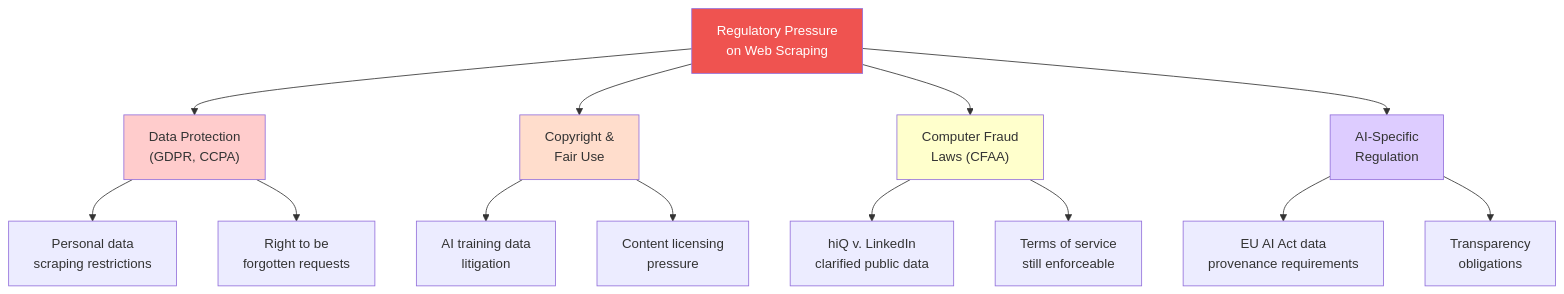
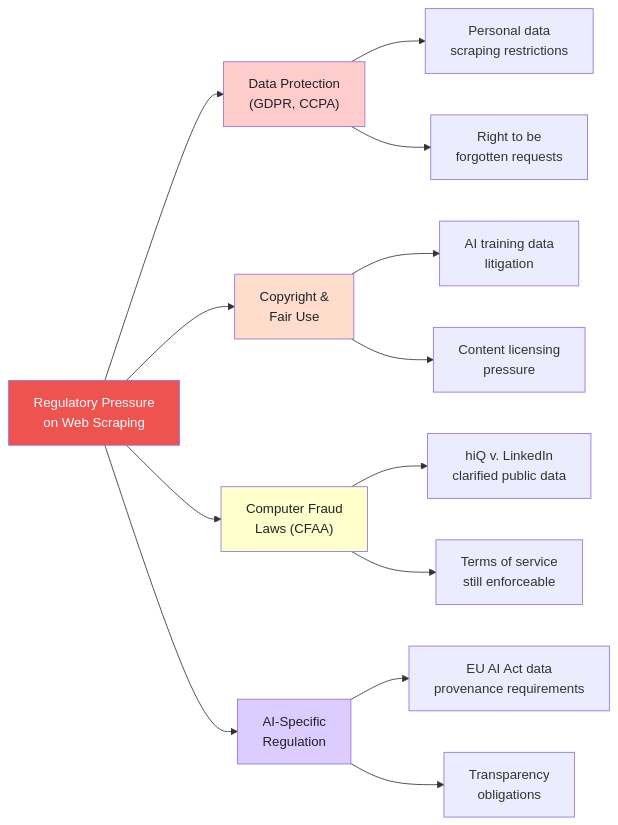
One commit to bytetunnels/bytetunnels.github.com changed the fourth of 7 diagrams in _posts/2026-02-10-web-scraping-industry-2026-market-size-trends.md. Above: the diagram before and after it, drawn with Mermaid. The commit also changed other lines of this file and 118 other files, not shown here.

Commit message:
feat: improve diagram styling and compact wide flowcharts

````diff
--- a/_posts/2026-02-10-web-scraping-industry-2026-market-size-trends.md
+++ b/_posts/2026-02-10-web-scraping-industry-2026-market-size-trends.md
@@ -247,25 +247,25 @@
 ```mermaid
-flowchart TD
-    A["Regulatory Pressure<br>on Web Scraping"] --> B["Data Protection<br>(GDPR, CCPA)"]
+flowchart LR
+    A["Regulatory Pressure<br/>on Web Scraping"] --> B["Data Protection<br/>(GDPR, CCPA)"]
     A --> C["Copyright &<br>Fair Use"]
-    A --> D["Computer Fraud<br>Laws (CFAA)"]
-    A --> E["AI-Specific<br>Regulation"]
+    A --> D["Computer Fraud<br/>Laws (CFAA)"]
+    A --> E["AI-Specific<br/>Regulation"]
 
-    B --> B1["Personal data<br>scraping restrictions"]
-    B --> B2["Right to be<br>forgotten requests"]
+    B --> B1["Personal data<br/>scraping restrictions"]
+    B --> B2["Right to be<br/>forgotten requests"]
 
-    C --> C1["AI training data<br>litigation"]
-    C --> C2["Content licensing<br>pressure"]
+    C --> C1["AI training data<br/>litigation"]
+    C --> C2["Content licensing<br/>pressure"]
 
-    D --> D1["hiQ v. LinkedIn<br>clarified public data"]
-    D --> D2["Terms of service<br>still enforceable"]
+    D --> D1["hiQ v. LinkedIn<br/>clarified public data"]
+    D --> D2["Terms of service<br/>still enforceable"]
 
-    E --> E1["EU AI Act data<br>provenance requirements"]
-    E --> E2["Transparency<br>obligations"]
+    E --> E1["EU AI Act data<br/>provenance requirements"]
+    E --> E2["Transparency<br/>obligations"]
 
     style A fill:#ef5350,color:#fff
-    style B fill:#ffcccc
-    style C fill:#ffddcc
-    style D fill:#ffffcc
-    style E fill:#ddccff
+    style B fill:#ffcccc,color:#1f2328
+    style C fill:#ffddcc,color:#1f2328
+    style D fill:#ffffcc,color:#1f2328
+    style E fill:#ddccff,color:#1f2328
 ```
````
